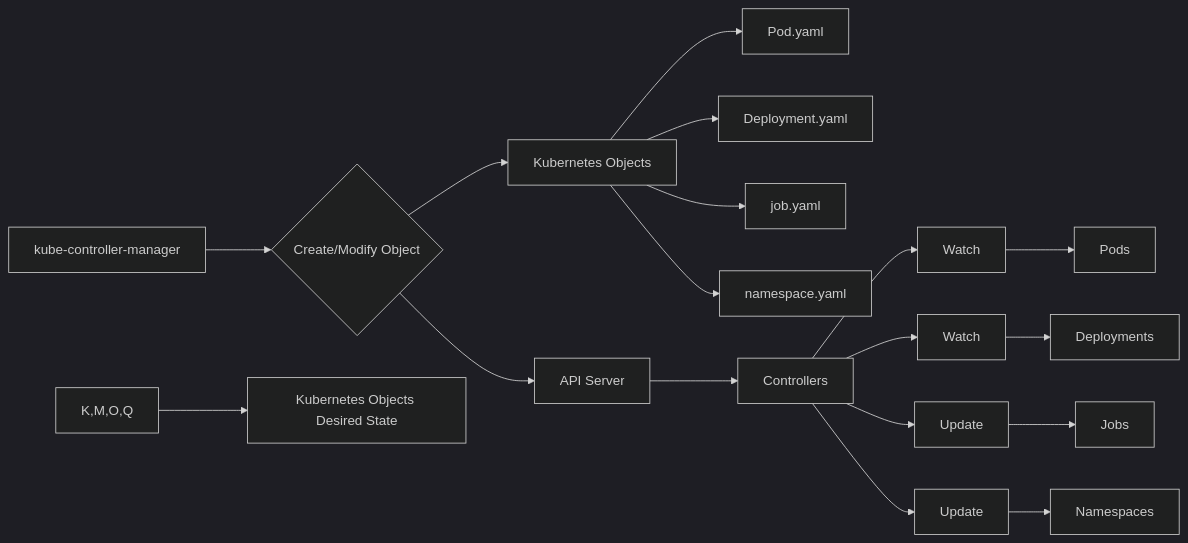
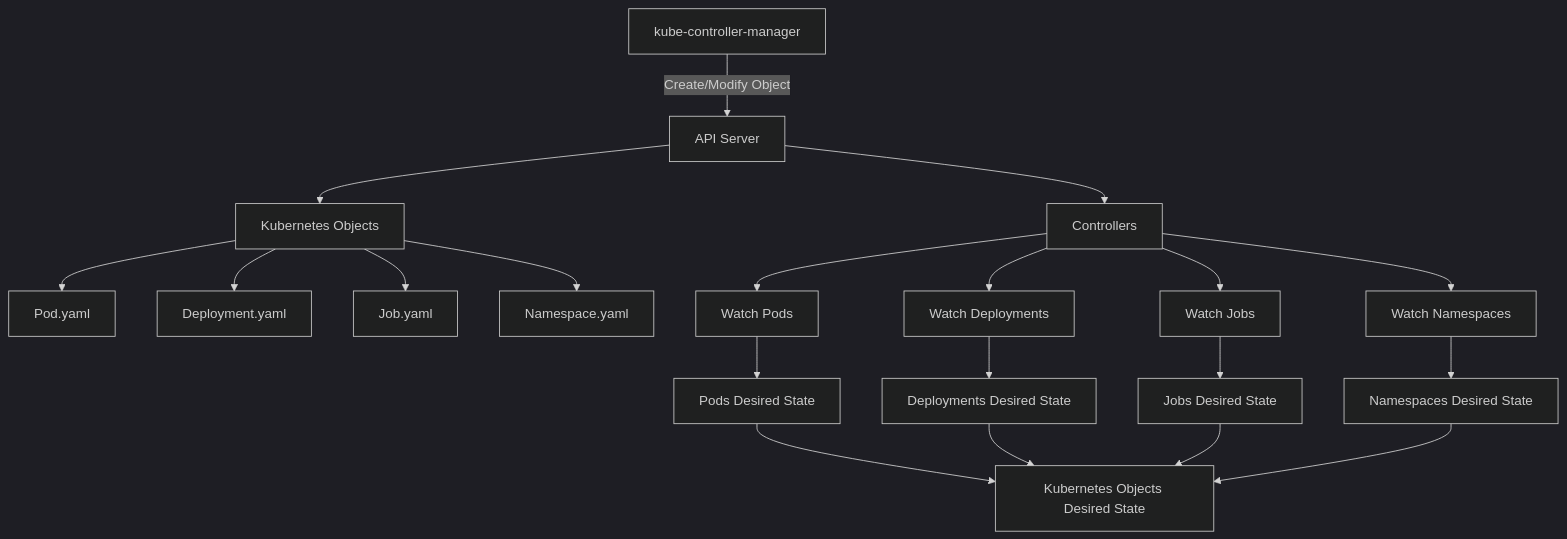
One commit to 007chiragshah/tucana changed the third of 3 diagrams in Architecture_Overview.md. Above: the diagram before and after it, drawn with Mermaid (dark theme).

````diff
--- a/Architecture_Overview.md
+++ b/Architecture_Overview.md
@@ -81,20 +81,22 @@
   ```mermaid 
-  flowchart LR
-    A[kube-controller-manager] --> B{Create/Modify Object}
+  graph TD
+    A[kube-controller-manager] -->|Create/Modify Object| B[API Server]
     B --> C[Kubernetes Objects]
     C --> D[Pod.yaml]
     C --> E[Deployment.yaml]
-    C --> F[job.yaml]
-    C --> G[namespace.yaml]
-    B --> H[API Server]
-    H --> I[Controllers]
-    I --> J[Watch]
-    J --> K[Pods]
-    I --> L[Watch]
-    L --> M[Deployments]
-    I --> N[Update]
-    N --> O[Jobs]
-    I --> P[Update]
-    P --> Q[Namespaces]
-    K,M,O,Q --> R[Kubernetes Objects Desired State]
+    C --> F[Job.yaml]
+    C --> G[Namespace.yaml]
+    B --> H[Controllers]
+    H --> I[Watch Pods]
+    H --> J[Watch Deployments]
+    H --> K[Watch Jobs]
+    H --> L[Watch Namespaces]
+    I --> M[Pods Desired State]
+    J --> N[Deployments Desired State]
+    K --> O[Jobs Desired State]
+    L --> P[Namespaces Desired State]
+    M --> Q[Kubernetes Objects Desired State]
+    N --> Q[Kubernetes Objects Desired State]
+    O --> Q[Kubernetes Objects Desired State]
+    P --> Q[Kubernetes Objects Desired State]
   ```
````
